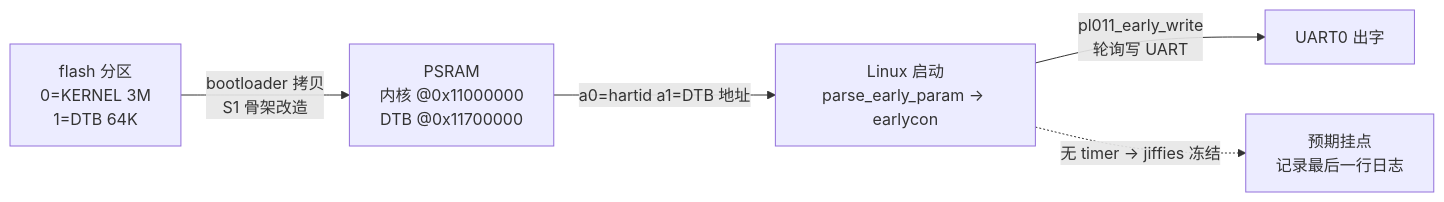
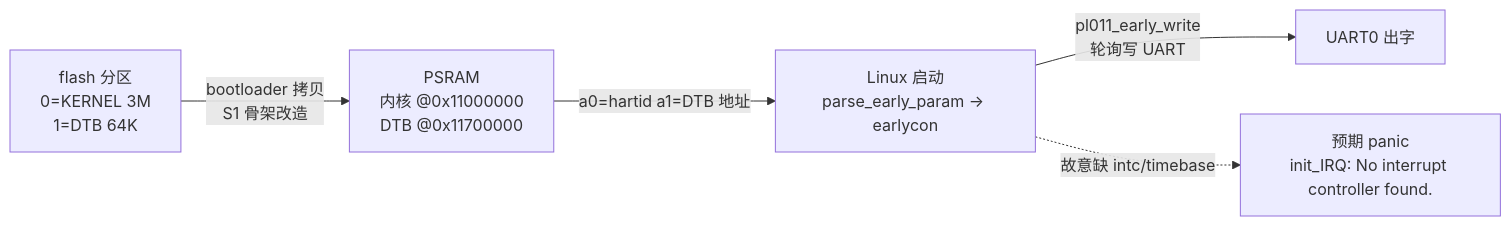
Before and after one commit to IotaHydrae/rp2350-linux: the diagram in notes/学习记录/S3 · 真板只接串口.md, drawn with Mermaid. The commit also changed other lines of this file and 3 other files, not shown here.

Commit message:
refactor: S3-00 故意去掉 intc/timebase——验收改为 earlycon 出字后看到 init_IRQ panic，修复放后续工程

````diff
--- a/notes/学习记录/S3 · 真板只接串口.md
+++ b/notes/学习记录/S3 · 真板只接串口.md
@@ -5,7 +5,7 @@
 ```mermaid
 flowchart LR
     F["flash 分区<br/>0=KERNEL 3M<br/>1=DTB 64K"] -->|bootloader 拷贝<br/>S1 骨架改造| P["PSRAM<br/>内核 @0x11000000<br/>DTB @0x11700000"]
     P -->|a0=hartid a1=DTB 地址| K["Linux 启动<br/>parse_early_param → earlycon"]
     K -->|pl011_early_write<br/>轮询写 UART| U["UART0 出字"]
-    K -.->|无 timer → jiffies 冻结| H["预期挂点<br/>记录最后一行日志"]
+    K -.->|故意缺 intc/timebase| P1["预期 panic<br/>init_IRQ: No interrupt controller found."]
 ```
````
